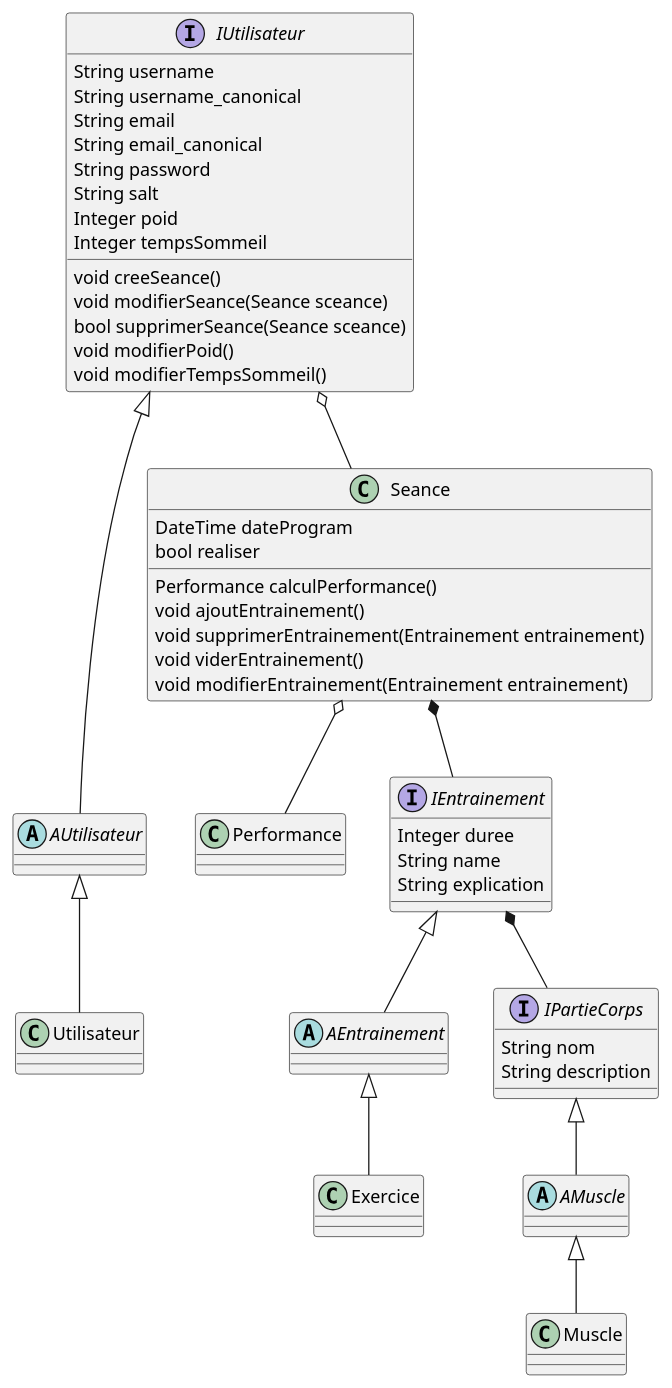
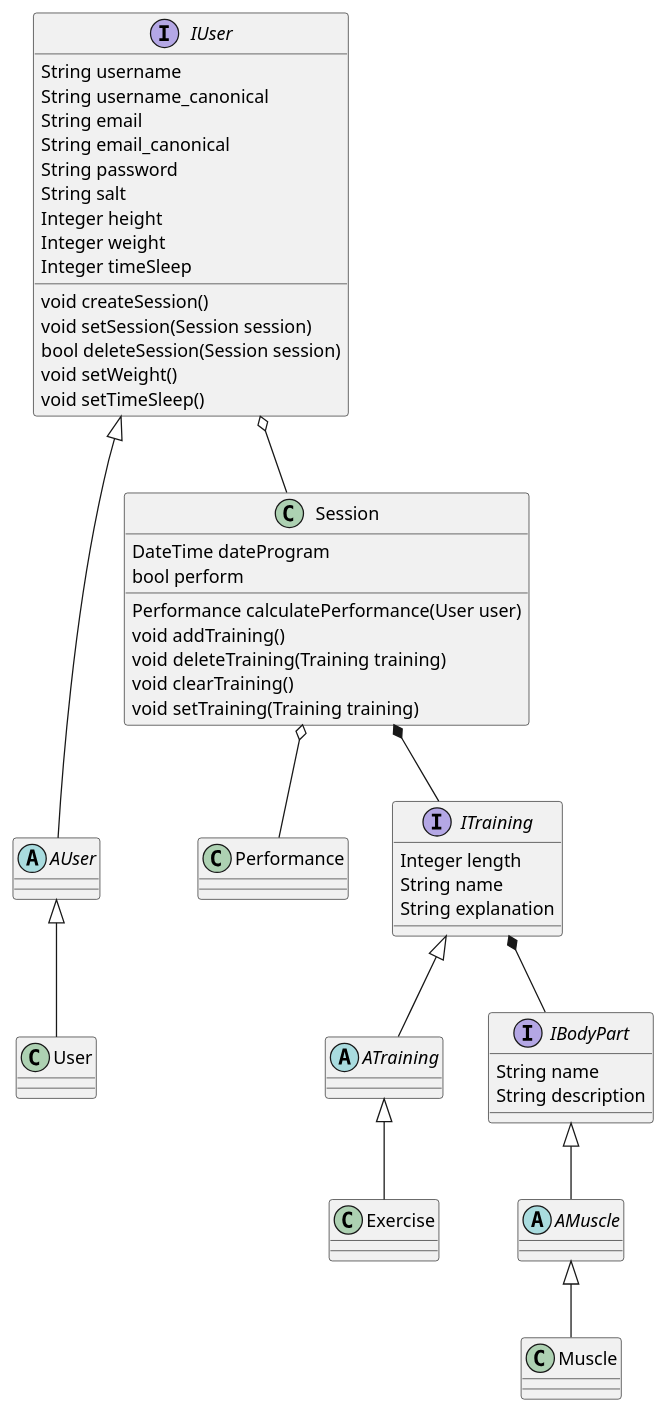
The diagram in diagrams/DiagrammeClasse.puml (SharafGabel/GYMTONIK), drawn with PlantUML before and after one commit. The commit also changed 1 other file, not shown here.

Commit message:
Rapport Architecture : Modification diagramme de classe en anglais

```diff
--- a/diagrams/DiagrammeClasse.puml
+++ b/diagrams/DiagrammeClasse.puml
@@ -1,56 +1,57 @@
 @startuml
 
-interface IUtilisateur {
+interface IUser{
     String username
     String username_canonical
     String email
     String email_canonical
     String password
     String salt
-    Integer poid
-    Integer tempsSommeil
-    void creeSeance()
-    void modifierSeance(Seance sceance)
-    bool supprimerSeance(Seance sceance)
-    void modifierPoid()
-    void modifierTempsSommeil()
+    Integer height
+    Integer weight
+    Integer timeSleep
+    void createSession()
+    void setSession(Session session)
+    bool deleteSession(Session session)
+    void setWeight()
+    void setTimeSleep()
 }
-abstract class AUtilisateur
-class Utilisateur
+abstract class AUser
+class User
 class Performance
-class Exercice
-class Seance {
+class Exercise
+class Session{
     DateTime dateProgram
-    bool realiser
-    Performance calculPerformance()
-    void ajoutEntrainement()
-    void supprimerEntrainement(Entrainement entrainement)
-    void viderEntrainement()
-    void modifierEntrainement(Entrainement entrainement)
+    bool perform
+    Performance calculatePerformance(User user)
+    void addTraining()
+    void deleteTraining(Training training)
+    void clearTraining()
+    void setTraining(Training training)
 }
-interface IEntrainement {
-    Integer duree
+interface ITraining {
+    Integer length
     String name
-    String explication
+    String explanation
 }
-abstract class AEntrainement
-interface IPartieCorps {
-    String nom
+abstract class ATraining
+interface IBodyPart {
+    String name
     String description
 }
 abstract class AMuscle
 class Muscle
 
 
-AUtilisateur <|-- Utilisateur
-IUtilisateur <|--- AUtilisateur
-IEntrainement <|-- AEntrainement
-AEntrainement <|-- Exercice
-Seance o-- Performance
-Seance *-- IEntrainement
-IPartieCorps <|-- AMuscle
+AUser <|-- User
+IUser <|--- AUser
+ITraining <|-- ATraining
+ATraining <|-- Exercise
+Session o-- Performance
+Session *-- ITraining
+IBodyPart <|-- AMuscle
 AMuscle <|-- Muscle
-IEntrainement *-- IPartieCorps
-IUtilisateur o-- Seance
+ITraining *-- IBodyPart
+IUser o-- Session
 
 @enduml
```
